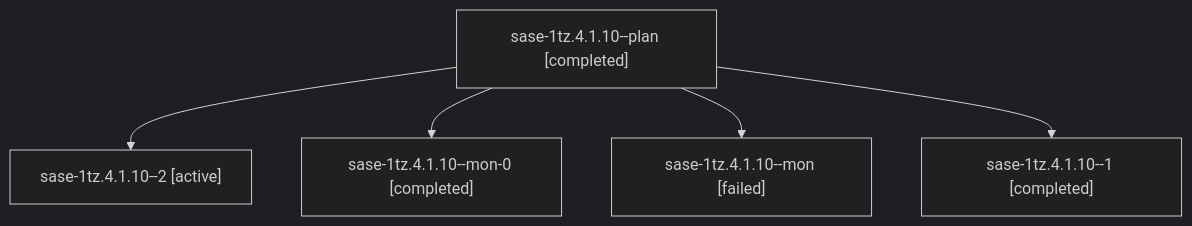
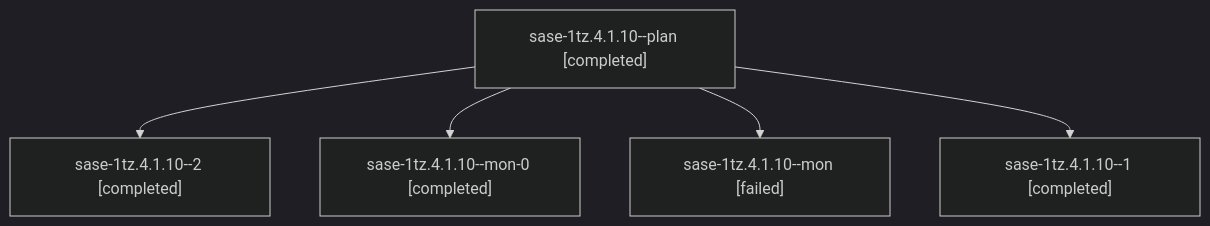
One commit to sase-org/sase--agents changed the diagram in sessions/bbugyi200.athena.sase-1tz.4.1.10.md. Above: the diagram before and after it, drawn with Mermaid (dark theme). The commit also changed other lines of this file and 98 other files, not shown here.

````diff
--- a/sessions/bbugyi200.athena.sase-1tz.4.1.10.md
+++ b/sessions/bbugyi200.athena.sase-1tz.4.1.10.md
@@ -9,12 +9,12 @@
 ```mermaid
 flowchart TD
   n0["sase-1tz.4.1.10--plan [completed]"]
-  n1["sase-1tz.4.1.10--2 [active]"]
+  n1["sase-1tz.4.1.10--2 [completed]"]
   n0 --> n1
   n2["sase-1tz.4.1.10--mon-0 [completed]"]
   n0 --> n2
   n3["sase-1tz.4.1.10--mon [failed]"]
   n0 --> n3
   n4["sase-1tz.4.1.10--1 [completed]"]
   n0 --> n4
 ```
````
